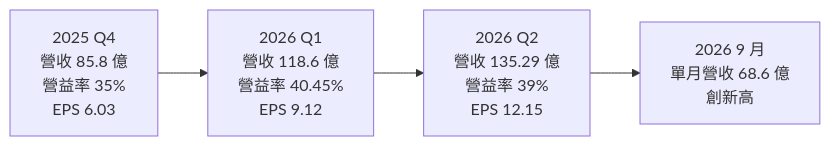
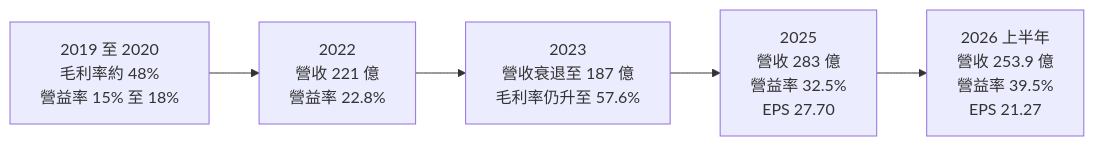
The third of 4 diagrams in 個股/台股/2360致茂.md (wangnick1004/taiwan-stock-vault), drawn with Mermaid before and after one commit. The commit also changed other lines of this file and 10 other files, not shown here.

````diff
--- a/個股/台股/2360致茂.md
+++ b/個股/台股/2360致茂.md
@@ -134,4 +143,4 @@
 ```mermaid
 flowchart LR
-    Q4["2025 Q4<br/>營收 85.8 億<br/>營益率 35%<br/>EPS 6.03"] --> Q1["2026 Q1<br/>營收 118.6 億<br/>營益率 40.45%<br/>EPS 9.12"] --> Q2["2026 Q2<br/>營收 135.29 億<br/>營益率 39%<br/>EPS 12.15"] --> S["2026 9 月<br/>單月營收 68.6 億<br/>創新高"]
+    Y19["2019 至 2020<br/>毛利率約 48%<br/>營益率 15% 至 18%"] --> Y22["2022<br/>營收 221 億<br/>營益率 22.8%"] --> Y23["2023<br/>營收衰退至 187 億<br/>毛利率仍升至 57.6%"] --> Y25["2025<br/>營收 283 億<br/>營益率 32.5%<br/>EPS 27.70"] --> H26["2026 上半年<br/>營收 253.9 億<br/>營益率 39.5%<br/>EPS 21.27"]
 ```
````
